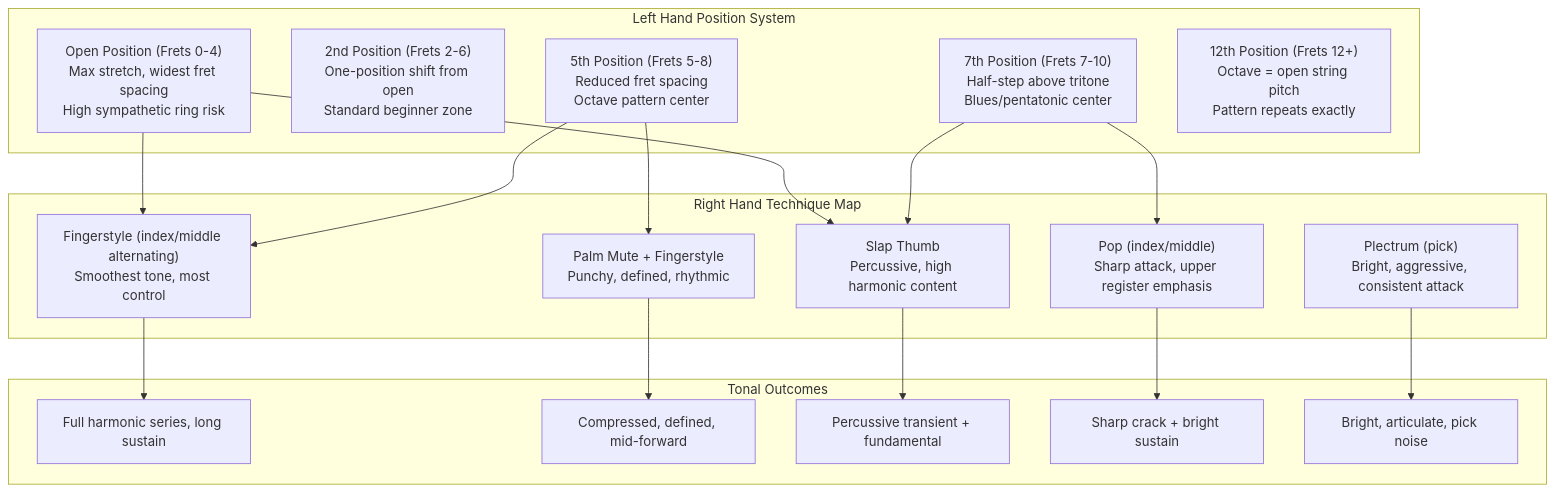
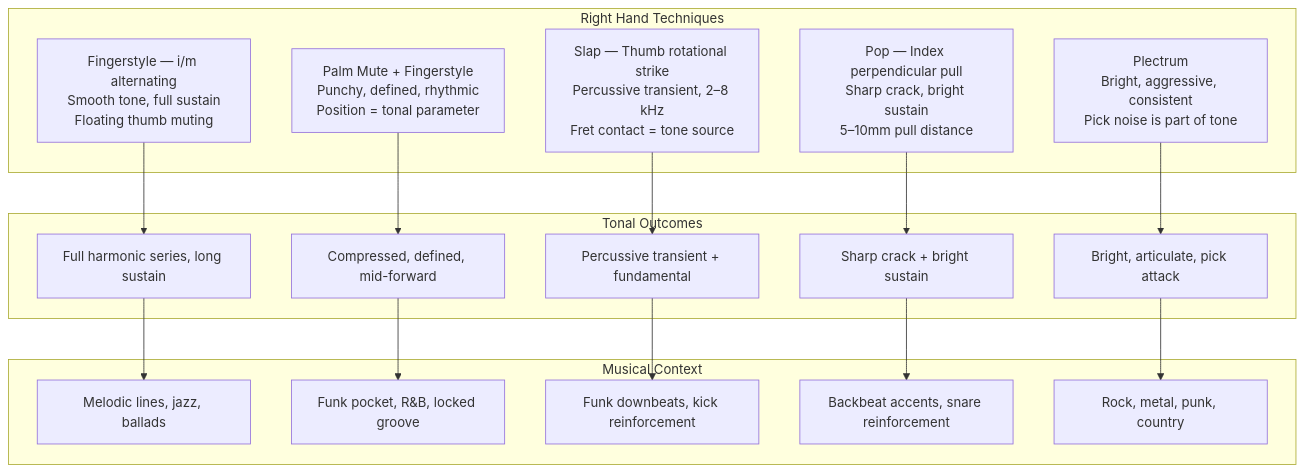
Before and after one commit to blebleblee/synapse: the fourth of 5 diagrams in topics/arts/music_performance/bass_guitar/labs.md, drawn with Mermaid. The commit also changed other lines of this file and 4 other files, not shown here.

````diff
--- a/topics/arts/music_performance/bass_guitar/labs.md
+++ b/topics/arts/music_performance/bass_guitar/labs.md
@@ -454,39 +555,32 @@
 ```mermaid
 graph TD
-    subgraph sub_left_hand_position_system ["Left Hand Position System"]
-        P1["Open Position (Frets 0-4)\nMax stretch, widest fret spacing\nHigh sympathetic ring risk"]
-        P2["2nd Position (Frets 2-6)\nOne-position shift from open\nStandard beginner zone"]
-        P3["5th Position (Frets 5-8)\nReduced fret spacing\nOctave pattern center"]
-        P4["7th Position (Frets 7-10)\nHalf-step above tritone\nBlues/pentatonic center"]
-        P5["12th Position (Frets 12+)\nOctave = open string pitch\nPattern repeats exactly"]
+    subgraph sub_right_hand ["Right Hand Techniques"]
+        RT1["Fingerstyle — i/m alternating\nSmooth tone, full sustain\nFloating thumb muting"]
+        RT2["Palm Mute + Fingerstyle\nPunchy, defined, rhythmic\nPosition = tonal parameter"]
+        RT3["Slap — Thumb rotational strike\nPercussive transient, 2–8 kHz\nFret contact = tone source"]
+        RT4["Pop — Index perpendicular pull\nSharp crack, bright sustain\n5–10mm pull distance"]
+        RT5["Plectrum\nBright, aggressive, consistent\nPick noise is part of tone"]
     end
 
-    subgraph sub_right_hand_technique_map ["Right Hand Technique Map"]
-        RT1["Fingerstyle (index/middle alternating)\nSmoothest tone, most control"]
-        RT2["Palm Mute + Fingerstyle\nPunchy, defined, rhythmic"]
-        RT3["Slap Thumb\nPercussive, high harmonic content"]
-        RT4["Pop (index/middle)\nSharp attack, upper register emphasis"]
-        RT5["Plectrum (pick)\nBright, aggressive, consistent attack"]
-    end
-
-    subgraph sub_tonal_outcomes ["Tonal Outcomes"]
+    subgraph sub_tonal ["Tonal Outcomes"]
         T1["Full harmonic series, long sustain"]
         T2["Compressed, defined, mid-forward"]
         T3["Percussive transient + fundamental"]
         T4["Sharp crack + bright sustain"]
-        T5["Bright, articulate, pick noise"]
+        T5["Bright, articulate, pick attack"]
     end
 
-    RT1 --> T1
-    RT2 --> T2
-    RT3 --> T3
-    RT4 --> T4
-    RT5 --> T5
+    subgraph sub_context ["Musical Context"]
+        C1["Melodic lines, jazz, ballads"]
+        C2["Funk pocket, R&B, locked groove"]
+        C3["Funk downbeats, kick reinforcement"]
+        C4["Backbeat accents, snare reinforcement"]
+        C5["Rock, metal, punk, country"]
+    end
 
-    P1 --> RT1
-    P1 --> RT3
-    P3 --> RT1
-    P3 --> RT2
-    P4 --> RT3
-    P4 --> RT4
+    RT1 --> T1 --> C1
+    RT2 --> T2 --> C2
+    RT3 --> T3 --> C3
+    RT4 --> T4 --> C4
+    RT5 --> T5 --> C5
 ```
````
